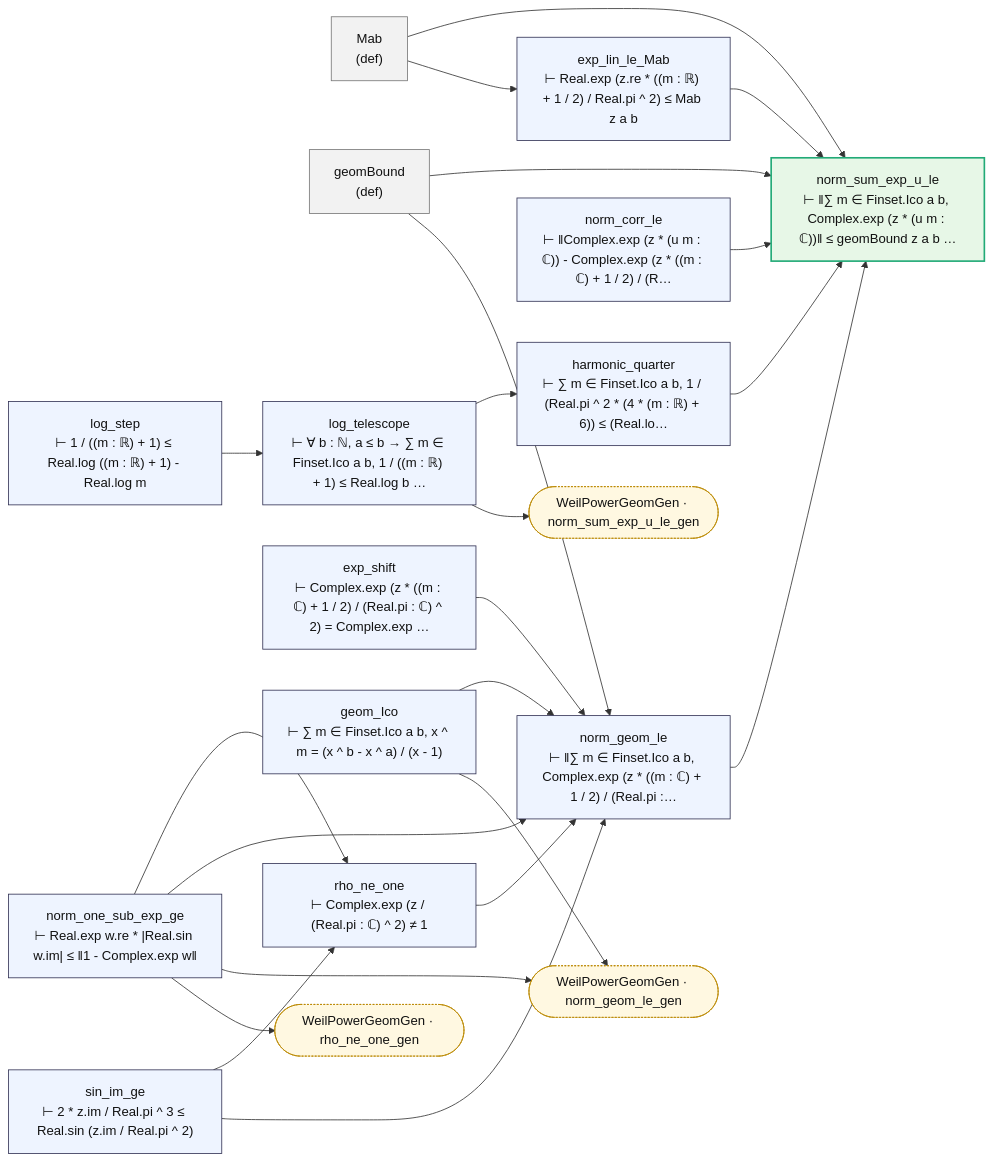
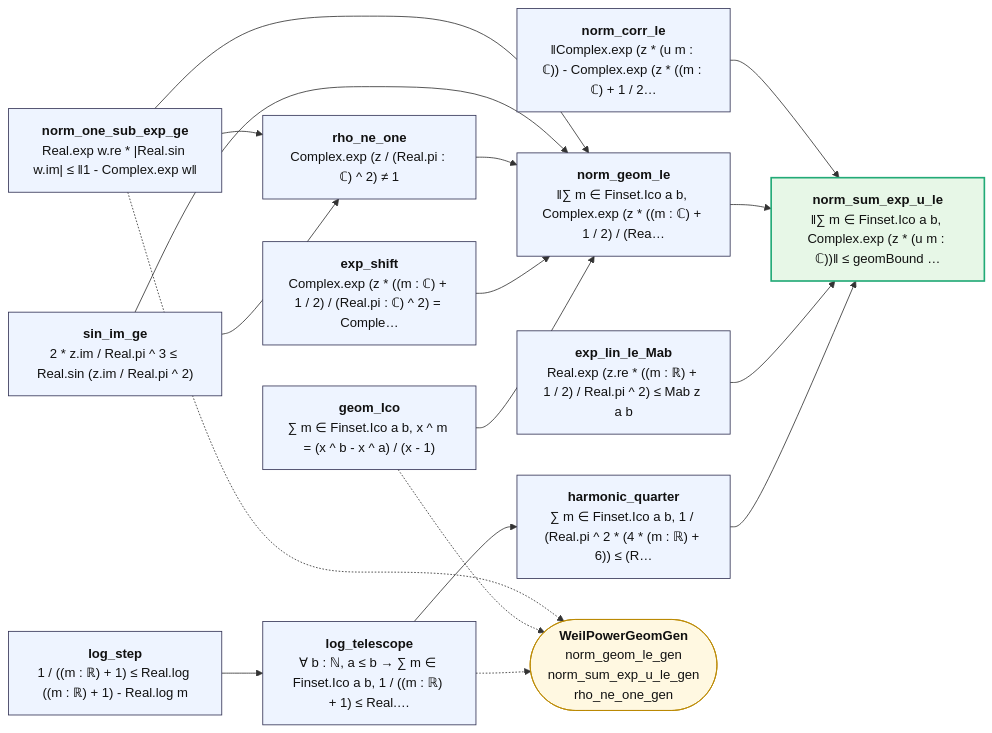
The diagram in map/lean_stage3/WeilPowerGeom.md (juliansambranojr/Primebeat_081426), drawn with Mermaid before and after one commit. The commit also changed other lines of this file and 387 other files, not shown here.

````diff
--- a/map/lean_stage3/WeilPowerGeom.md
+++ b/map/lean_stage3/WeilPowerGeom.md
@@ -8,47 +12,37 @@
 ```mermaid
 flowchart LR
-  n0["Mab<br/>(def)"]:::dfn
-  n1["geomBound<br/>(def)"]:::dfn
-  n2["norm_one_sub_exp_ge<br/>⊢ Real.exp w.re * |Real.sin w.im| ≤ ‖1 - Complex.exp w‖"]:::thm
-  n3["sin_im_ge<br/>⊢ 2 * z.im / Real.pi ^ 3 ≤ Real.sin (z.im / Real.pi ^ 2)"]:::thm
-  n4["rho_ne_one<br/>⊢ Complex.exp (z / (Real.pi : ℂ) ^ 2) ≠ 1"]:::thm
-  n5["exp_shift<br/>⊢ Complex.exp (z * ((m : ℂ) + 1 / 2) / (Real.pi : ℂ) ^ 2) = Complex.exp …"]:::thm
-  n6["geom_Ico<br/>⊢ ∑ m ∈ Finset.Ico a b, x ^ m = (x ^ b - x ^ a) / (x - 1)"]:::thm
-  n7["norm_geom_le<br/>⊢ ‖∑ m ∈ Finset.Ico a b, Complex.exp (z * ((m : ℂ) + 1 / 2) / (Real.pi :…"]:::thm
-  n8["exp_lin_le_Mab<br/>⊢ Real.exp (z.re * ((m : ℝ) + 1 / 2) / Real.pi ^ 2) ≤ Mab z a b"]:::thm
-  n9["log_step<br/>⊢ 1 / ((m : ℝ) + 1) ≤ Real.log ((m : ℝ) + 1) - Real.log m"]:::thm
-  n10["log_telescope<br/>⊢ ∀ b : ℕ, a ≤ b → ∑ m ∈ Finset.Ico a b, 1 / ((m : ℝ) + 1) ≤ Real.log b …"]:::thm
-  n11["harmonic_quarter<br/>⊢ ∑ m ∈ Finset.Ico a b, 1 / (Real.pi ^ 2 * (4 * (m : ℝ) + 6)) ≤ (Real.lo…"]:::thm
-  n12["norm_corr_le<br/>⊢ ‖Complex.exp (z * (u m : ℂ)) - Complex.exp (z * ((m : ℂ) + 1 / 2) / (R…"]:::thm
-  n13["norm_sum_exp_u_le<br/>⊢ ‖∑ m ∈ Finset.Ico a b, Complex.exp (z * (u m : ℂ))‖ ≤ geomBound z a b …"]:::end_
-  x0(["WeilPowerGeomGen · norm_geom_le_gen"]):::ext
-  x1(["WeilPowerGeomGen · norm_sum_exp_u_le_gen"]):::ext
-  x2(["WeilPowerGeomGen · rho_ne_one_gen"]):::ext
-  n0 --> n13
-  n0 --> n8
-  n1 --> n13
-  n1 --> n7
+  n0["<b>norm_one_sub_exp_ge</b><br/>Real.exp w.re * |Real.sin w.im| ≤ ‖1 - Complex.exp w‖"]:::thm
+  n1["<b>sin_im_ge</b><br/>2 * z.im / Real.pi ^ 3 ≤ Real.sin (z.im / Real.pi ^ 2)"]:::thm
+  n2["<b>rho_ne_one</b><br/>Complex.exp (z / (Real.pi : ℂ) ^ 2) ≠ 1"]:::thm
+  n3["<b>exp_shift</b><br/>Complex.exp (z * ((m : ℂ) + 1 / 2) / (Real.pi : ℂ) ^ 2) = Comple…"]:::thm
+  n4["<b>geom_Ico</b><br/>∑ m ∈ Finset.Ico a b, x ^ m = (x ^ b - x ^ a) / (x - 1)"]:::thm
+  n5["<b>norm_geom_le</b><br/>‖∑ m ∈ Finset.Ico a b, Complex.exp (z * ((m : ℂ) + 1 / 2) / (Rea…"]:::thm
+  n6["<b>exp_lin_le_Mab</b><br/>Real.exp (z.re * ((m : ℝ) + 1 / 2) / Real.pi ^ 2) ≤ Mab z a b"]:::thm
+  n7["<b>log_step</b><br/>1 / ((m : ℝ) + 1) ≤ Real.log ((m : ℝ) + 1) - Real.log m"]:::thm
+  n8["<b>log_telescope</b><br/>∀ b : ℕ, a ≤ b → ∑ m ∈ Finset.Ico a b, 1 / ((m : ℝ) + 1) ≤ Real.…"]:::thm
+  n9["<b>harmonic_quarter</b><br/>∑ m ∈ Finset.Ico a b, 1 / (Real.pi ^ 2 * (4 * (m : ℝ) + 6)) ≤ (R…"]:::thm
+  n10["<b>norm_corr_le</b><br/>‖Complex.exp (z * (u m : ℂ)) - Complex.exp (z * ((m : ℂ) + 1 / 2…"]:::thm
+  n11["<b>norm_sum_exp_u_le</b><br/>‖∑ m ∈ Finset.Ico a b, Complex.exp (z * (u m : ℂ))‖ ≤ geomBound …"]:::end_
+  x0(["<b>WeilPowerGeomGen</b><br/>norm_geom_le_gen<br/>norm_sum_exp_u_le_gen<br/>rho_ne_one_gen"]):::ext
+  n0 --> n2
+  n0 --> n5
+  n1 --> n2
+  n1 --> n5
   n10 --> n11
-  n10 --> x1
-  n11 --> n13
-  n12 --> n13
-  n2 --> n4
-  n2 --> n7
-  n2 --> x0
-  n2 --> x2
-  n3 --> n4
-  n3 --> n7
-  n4 --> n7
-  n5 --> n7
-  n6 --> n7
-  n6 --> x0
-  n7 --> n13
-  n8 --> n13
-  n9 --> n10
+  n2 --> n5
+  n3 --> n5
+  n4 --> n5
+  n5 --> n11
+  n6 --> n11
+  n7 --> n8
+  n8 --> n9
+  n9 --> n11
+  n0 -.-> x0
+  n4 -.-> x0
+  n8 -.-> x0
   classDef thm fill:#eef4ff,stroke:#335,color:#111
-  classDef dfn fill:#f2f2f2,stroke:#777,color:#111
   classDef end_ fill:#e7f7e7,stroke:#2a7,color:#111,stroke-width:2px
   classDef lone fill:#fff,stroke:#999,color:#111,stroke-dasharray:4 3
   classDef bad fill:#ffe5e5,stroke:#c22,color:#111,stroke-width:2px
-  classDef ext fill:#fff8e1,stroke:#b80,color:#111,stroke-dasharray:2 2
+  classDef ext fill:#fff8e1,stroke:#b80,color:#111
 ```
````
